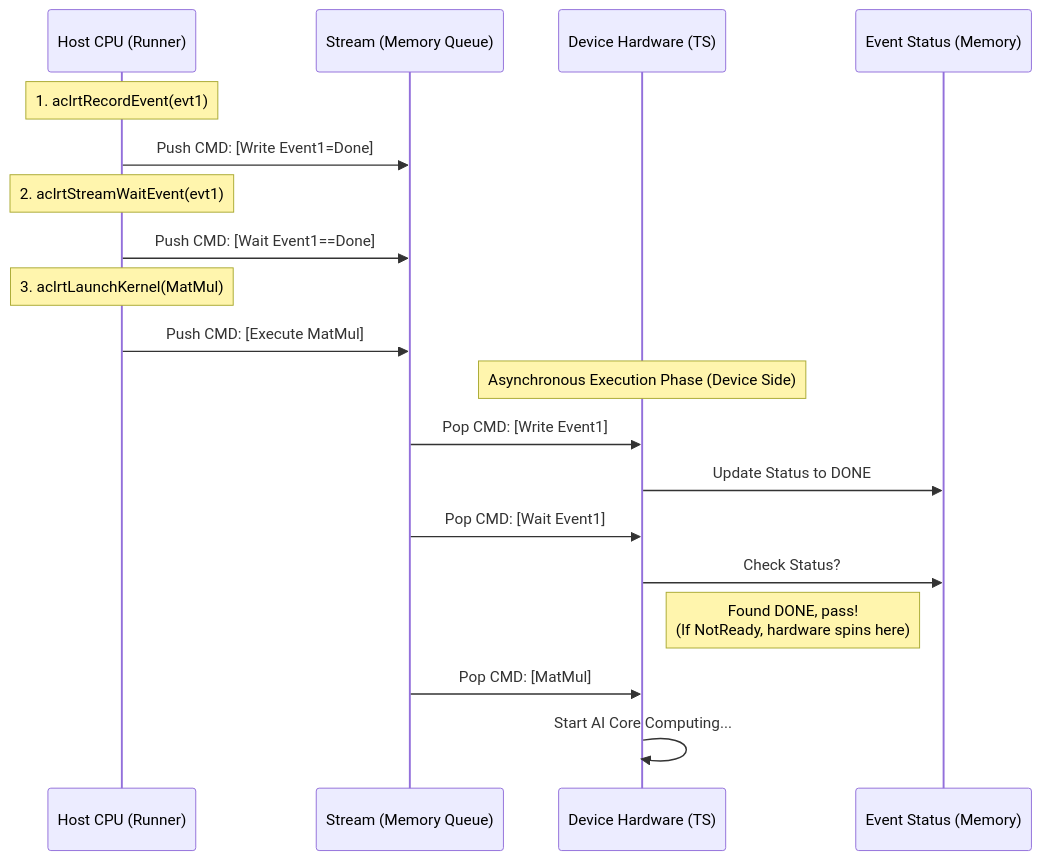
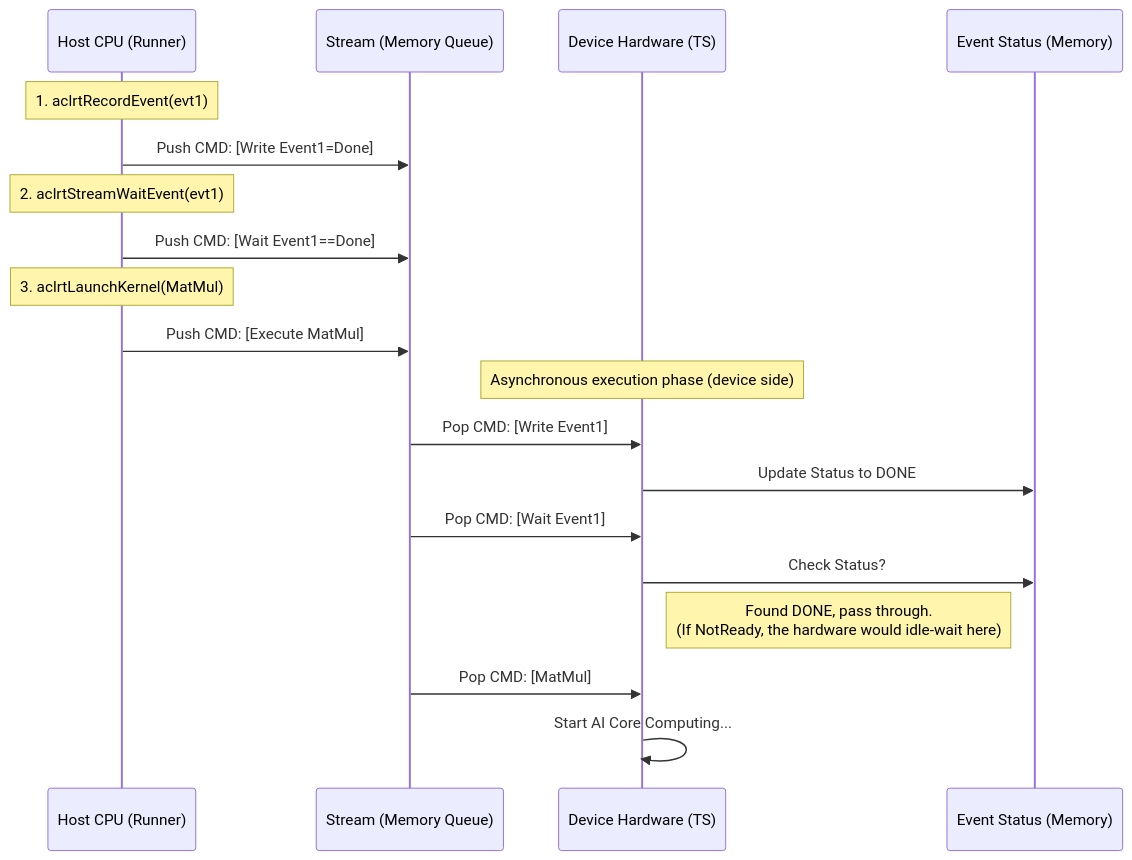
One commit to Atlas-Ascend-Fork/hcomm changed the first of 19 diagrams in test/hccl_vm/docs/simulator_runner_data_model_en.md. Above: the diagram before and after it, drawn with Mermaid. The commit also changed other lines of this file and 171 other files, not shown here.

````diff
--- a/test/hccl_vm/docs/simulator_runner_data_model_en.md
+++ b/test/hccl_vm/docs/simulator_runner_data_model_en.md
@@ -62,29 +62,29 @@
 ```mermaid
 
 sequenceDiagram
     participant HostThread as Host CPU (Runner)
     participant StreamQueue as Stream (Memory Queue)
     participant DeviceScheduler as Device Hardware (TS)
     participant EventMem as Event Status (Memory)
 
     Note over HostThread: 1. aclrtRecordEvent(evt1)
     HostThread->>StreamQueue: Push CMD: [Write Event1=Done]
 
     Note over HostThread: 2. aclrtStreamWaitEvent(evt1)
     HostThread->>StreamQueue: Push CMD: [Wait Event1==Done]
 
     Note over HostThread: 3. aclrtLaunchKernel(MatMul)
     HostThread->>StreamQueue: Push CMD: [Execute MatMul]
 
-    Note over DeviceScheduler: Asynchronous Execution Phase (Device Side)
+    Note over DeviceScheduler: Asynchronous execution phase (device side)
 
     StreamQueue->>DeviceScheduler: Pop CMD: [Write Event1]
     DeviceScheduler->>EventMem: Update Status to DONE
 
     StreamQueue->>DeviceScheduler: Pop CMD: [Wait Event1]
     DeviceScheduler->>EventMem: Check Status?
-    Note right of DeviceScheduler: Found DONE, pass!<br/>(If NotReady, hardware spins here)
+    Note right of DeviceScheduler: Found DONE, pass through.<br/>(If NotReady, the hardware would idle-wait here)
 
     StreamQueue->>DeviceScheduler: Pop CMD: [MatMul]
     DeviceScheduler->>DeviceScheduler: Start AI Core Computing...
 ```
````
